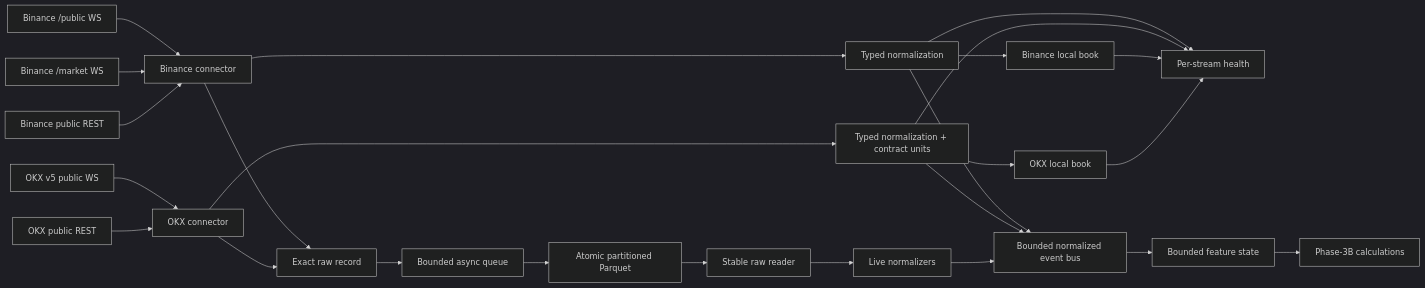
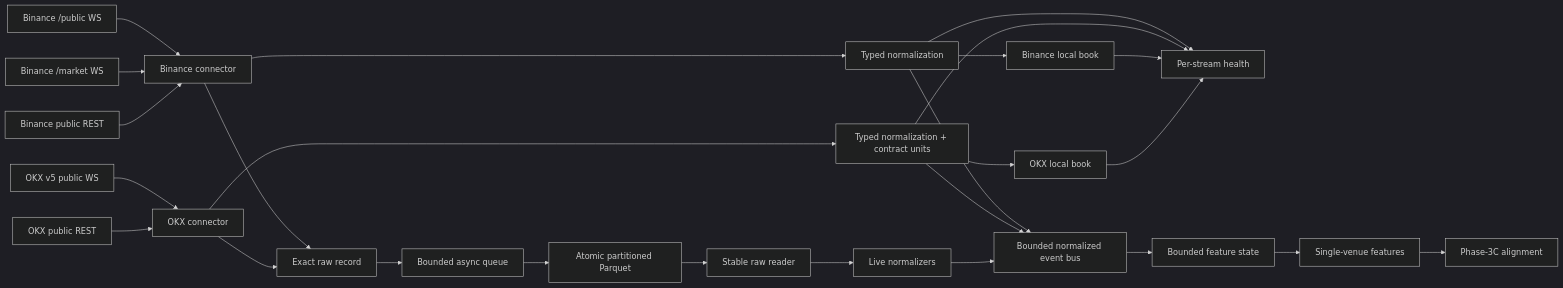
One commit to Gabrilekiwi/CVF-01 changed the diagram in docs/architecture.md. Above: the diagram before and after it, drawn with Mermaid (dark theme). The commit also changed other lines of this file and 12 other files, not shown here.

Commit message:
feat: add single-venue feature calculations

````diff
--- a/docs/architecture.md
+++ b/docs/architecture.md
@@ -25,27 +26,28 @@
 ```mermaid
 flowchart LR
     BW["Binance /public WS"] --> BC["Binance connector"]
     BM["Binance /market WS"] --> BC
     BR["Binance public REST"] --> BC
     OW["OKX v5 public WS"] --> OC["OKX connector"]
     OR["OKX public REST"] --> OC
     BC --> RAW["Exact raw record"]
     OC --> RAW
     RAW --> Q["Bounded async queue"]
     Q --> PQ["Atomic partitioned Parquet"]
     BC --> BN["Typed normalization"]
     OC --> ON["Typed normalization + contract units"]
     BN --> BB["Binance local book"]
     ON --> OB["OKX local book"]
     BN --> H["Per-stream health"]
     ON --> H
     BB --> H
     OB --> H
     BN --> BUS["Bounded normalized event bus"]
     ON --> BUS
     BUS --> STATE["Bounded feature state"]
-    STATE --> NEXT["Phase-3B calculations"]
+    STATE --> VF["Single-venue features"]
+    VF --> NEXT["Phase-3C alignment"]
     PQ --> RR["Stable raw reader"]
     RR --> RN["Live normalizers"]
     RN --> BUS
 ```
````
